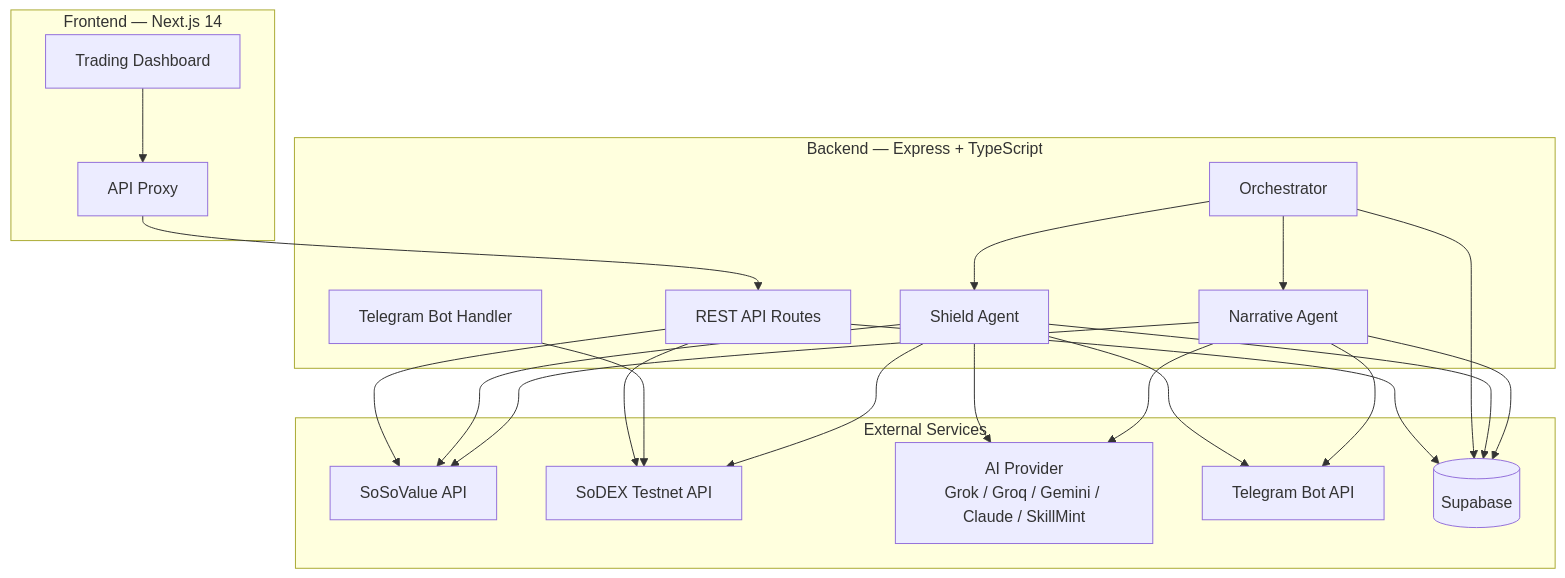
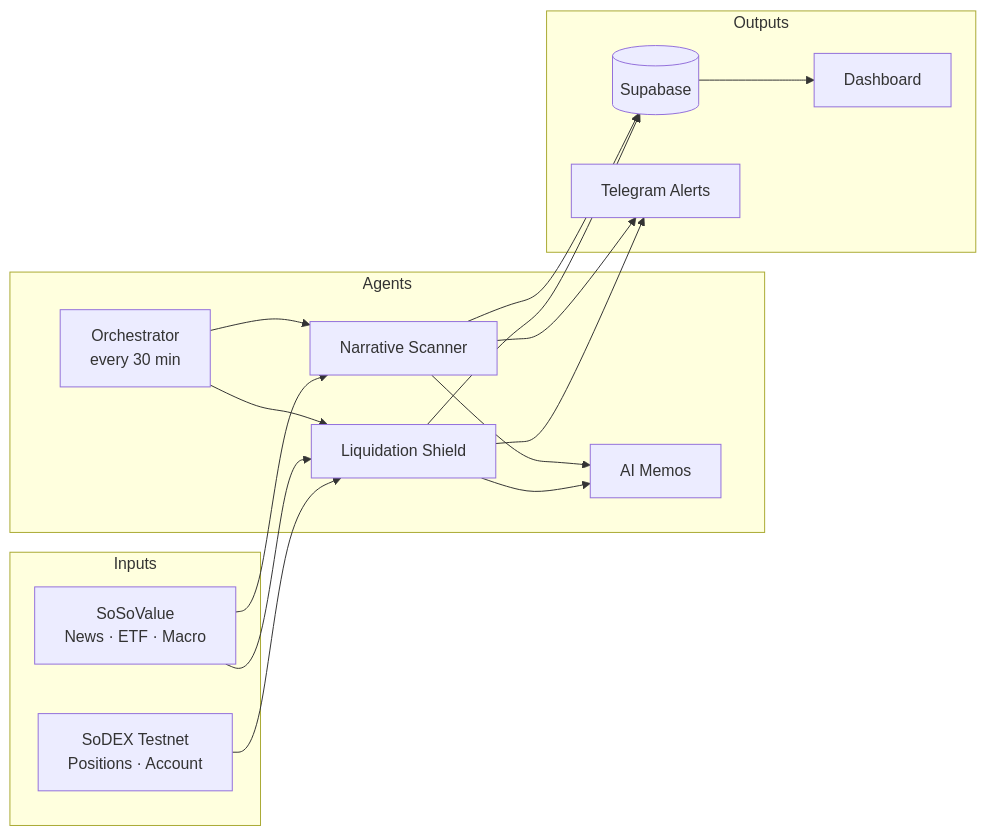
One commit to Anu062004/Herewesoso changed the diagram in README.md. Above: the diagram before and after it, drawn with Mermaid. The commit also changed other lines of this file, not shown here.

Commit message:
Simplify README to product overview, workflow diagram, and essentials.

````diff
--- a/README.md
+++ b/README.md
@@ -53,42 +26,33 @@
 ```mermaid
-flowchart TB
-  subgraph External["External Services"]
-    SV[SoSoValue API]
-    SD[SoDEX Testnet API]
-    AI[AI Provider<br/>Grok / Groq / Gemini / Claude / SkillMint]
-    TG[Telegram Bot API]
-    SB[(Supabase)]
+flowchart LR
+  subgraph Inputs
+    SV[SoSoValue<br/>News · ETF · Macro]
+    SD[SoDEX Testnet<br/>Positions · Account]
   end
 
-  subgraph Backend["Backend — Express + TypeScript"]
-    ORCH[Orchestrator]
-    NA[Narrative Agent]
-    SA[Shield Agent]
-    API[REST API Routes]
-    TB[Telegram Bot Handler]
+  subgraph Agents
+    ORCH[Orchestrator<br/>every 30 min]
+    NA[Narrative Scanner]
+    SA[Liquidation Shield]
+    AI[AI Memos]
   end
 
-  subgraph Frontend["Frontend — Next.js 14"]
-    DASH[Trading Dashboard]
-    PROXY[API Proxy]
+  subgraph Outputs
+    SB[(Supabase)]
+    TG[Telegram Alerts]
+    UI[Dashboard]
   end
 
   ORCH --> NA
   ORCH --> SA
-  NA --> SV
+  SV --> NA
+  SV --> SA
+  SD --> SA
   NA --> AI
-  SA --> SD
-  SA --> SV
   SA --> AI
   NA --> SB
   SA --> SB
   NA --> TG
   SA --> TG
-  ORCH --> SB
-  TB --> SD
-  API --> SB
-  API --> SD
-  API --> SV
-  DASH --> PROXY
-  PROXY --> API
+  SB --> UI
 ```
````
